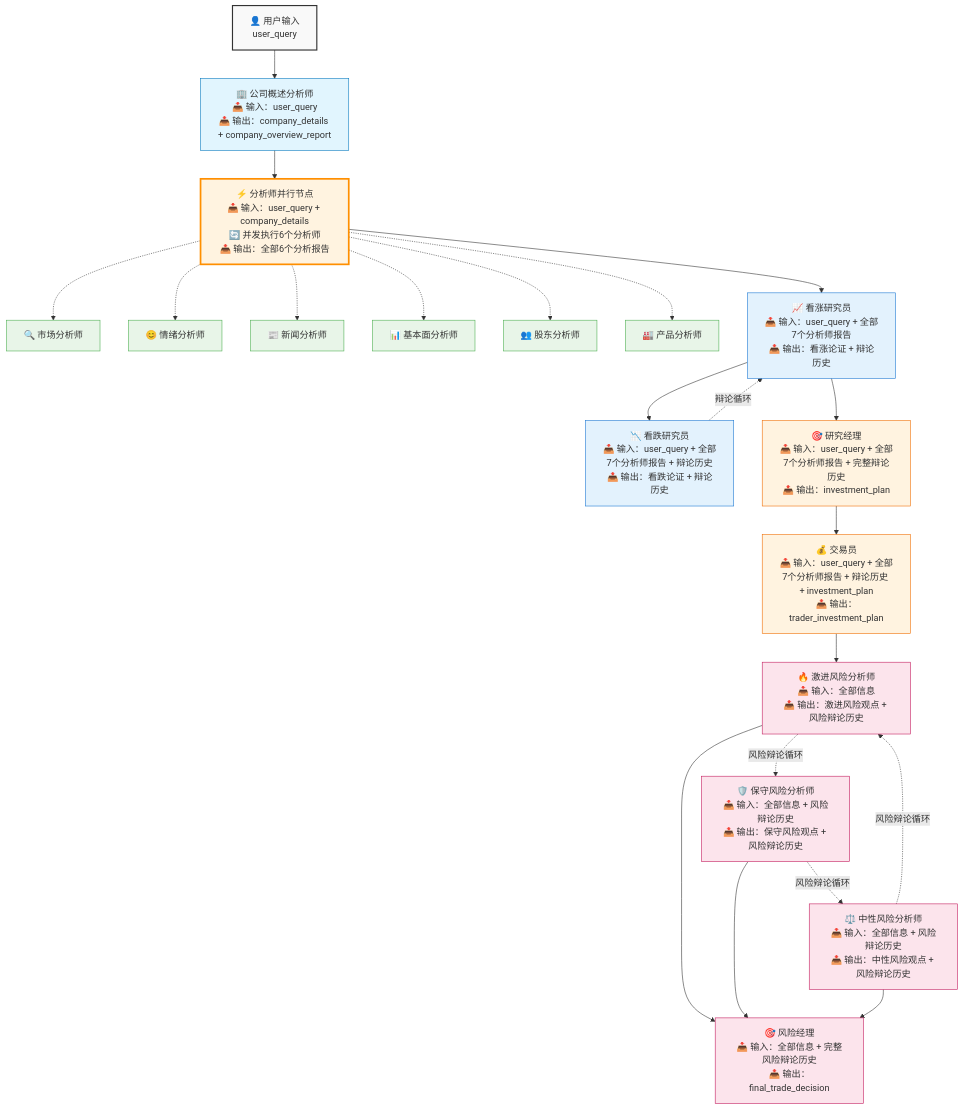
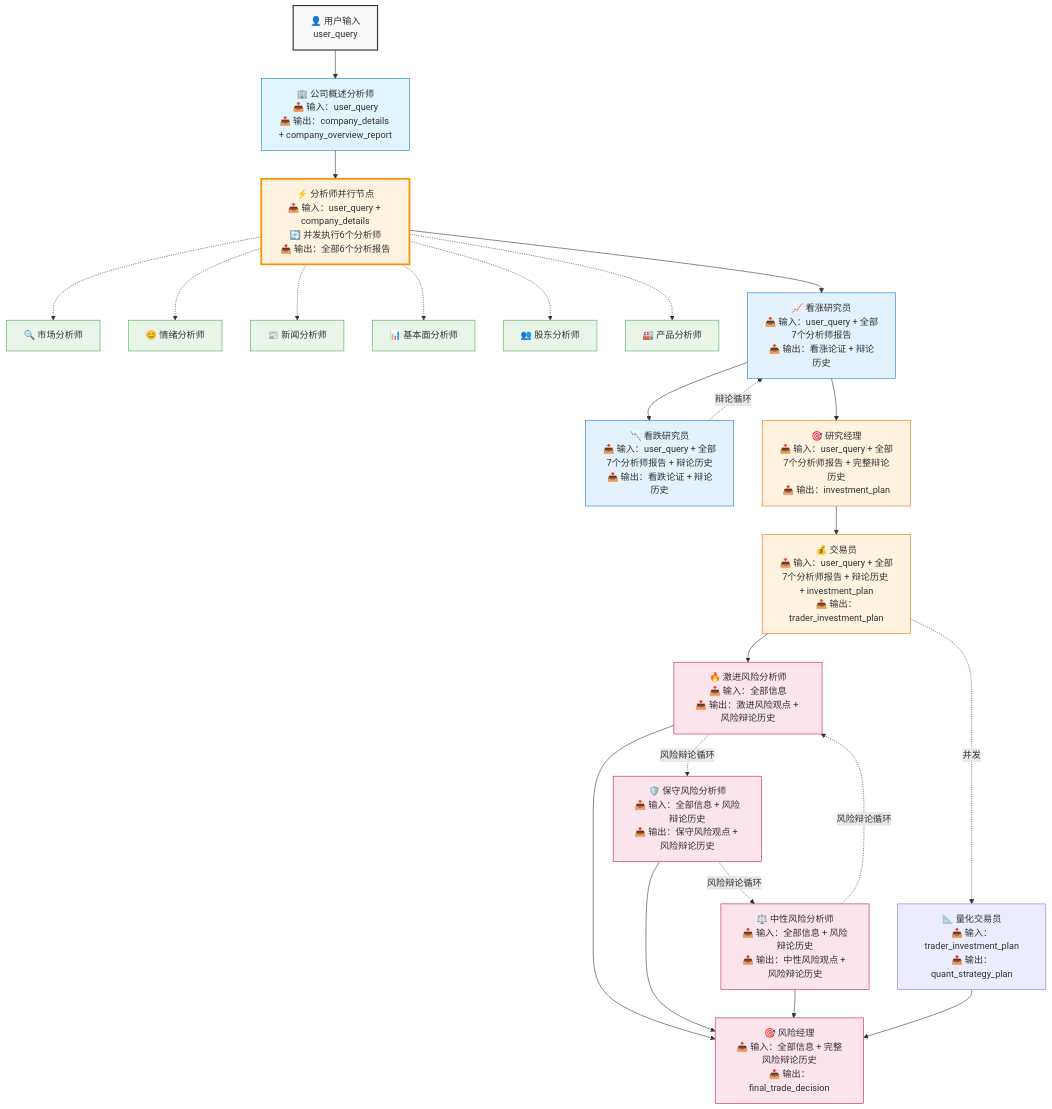
The diagram in README.md (guangxiangdebizi/TradingAgents-MCPmode), drawn with Mermaid before and after one commit. The commit also changed other lines of this file and 14 other files, not shown here.

````diff
--- a/README.md
+++ b/README.md
@@ -60,76 +61,79 @@
 ```mermaid
 graph TD
     %% 用户输入
     USER[👤 用户输入<br/>user_query]
     
     %% 第0阶段：公司概述分析师
     A0[🏢 公司概述分析师<br/>📥 输入：user_query<br/>📤 输出：company_details + company_overview_report]
     
     %% 第1阶段：分析师并行节点
     PARALLEL[⚡ 分析师并行节点<br/>📥 输入：user_query + company_details<br/>🔄 并发执行6个分析师<br/>📤 输出：全部6个分析报告]
     
     %% 并行执行的6个分析师
     A1[🔍 市场分析师]
     A2[😊 情绪分析师]
     A3[📰 新闻分析师]
     A4[📊 基本面分析师]
     A5[👥 股东分析师]
     A6[🏭 产品分析师]
     
     %% 第2阶段：研究员辩论
     B1[📈 看涨研究员<br/>📥 输入：user_query + 全部7个分析师报告<br/>📤 输出：看涨论证 + 辩论历史]
     B2[📉 看跌研究员<br/>📥 输入：user_query + 全部7个分析师报告 + 辩论历史<br/>📤 输出：看跌论证 + 辩论历史]
     
     %% 第3阶段：管理层
     C1[🎯 研究经理<br/>📥 输入：user_query + 全部7个分析师报告 + 完整辩论历史<br/>📤 输出：investment_plan]
     C2[💰 交易员<br/>📥 输入：user_query + 全部7个分析师报告 + 辩论历史 + investment_plan<br/>📤 输出：trader_investment_plan]
+    Q[📐 量化交易员<br/>📥 输入：trader_investment_plan<br/>📤 输出：quant_strategy_plan]
     
     %% 第4阶段：风险管理团队
     D1[🔥 激进风险分析师<br/>📥 输入：全部信息<br/>📤 输出：激进风险观点 + 风险辩论历史]
     D2[🛡️ 保守风险分析师<br/>📥 输入：全部信息 + 风险辩论历史<br/>📤 输出：保守风险观点 + 风险辩论历史]
     D3[⚖️ 中性风险分析师<br/>📥 输入：全部信息 + 风险辩论历史<br/>📤 输出：中性风险观点 + 风险辩论历史]
     D4[🎯 风险经理<br/>📥 输入：全部信息 + 完整风险辩论历史<br/>📤 输出：final_trade_decision]
     
     %% 主要流程连接
     USER --> A0
     A0 --> PARALLEL
     PARALLEL --> B1
     B1 --> B2
     B2 -.->|辩论循环| B1
     B1 --> C1
     C1 --> C2
     C2 --> D1
+    C2 -.->|并发| Q
     D1 -.->|风险辩论循环| D2
     D2 -.->|风险辩论循环| D3
     D3 -.->|风险辩论循环| D1
     D1 --> D4
     D2 --> D4
     D3 --> D4
+    Q --> D4
     
     %% 并行节点内部连接（虚线表示并发）
     PARALLEL -.-> A1
     PARALLEL -.-> A2
     PARALLEL -.-> A3
     PARALLEL -.-> A4
     PARALLEL -.-> A5
     PARALLEL -.-> A6
     
     %% 样式定义
     style USER fill:#f9f9f9,stroke:#333,stroke-width:2px
     style A0 fill:#e1f5fe,stroke:#0277bd
     style PARALLEL fill:#fff3e0,stroke:#ff8f00,stroke-width:3px
     style A1 fill:#e8f5e8,stroke:#4caf50
     style A2 fill:#e8f5e8,stroke:#4caf50
     style A3 fill:#e8f5e8,stroke:#4caf50
     style A4 fill:#e8f5e8,stroke:#4caf50
     style A5 fill:#e8f5e8,stroke:#4caf50
     style A6 fill:#e8f5e8,stroke:#4caf50
     style B1 fill:#e3f2fd,stroke:#1976d2
     style B2 fill:#e3f2fd,stroke:#1976d2
     style C1 fill:#fff3e0,stroke:#ef6c00
     style C2 fill:#fff3e0,stroke:#ef6c00
     style D1 fill:#fce4ec,stroke:#c2185b
     style D2 fill:#fce4ec,stroke:#c2185b
     style D3 fill:#fce4ec,stroke:#c2185b
     style D4 fill:#fce4ec,stroke:#c2185b
 ```
````
